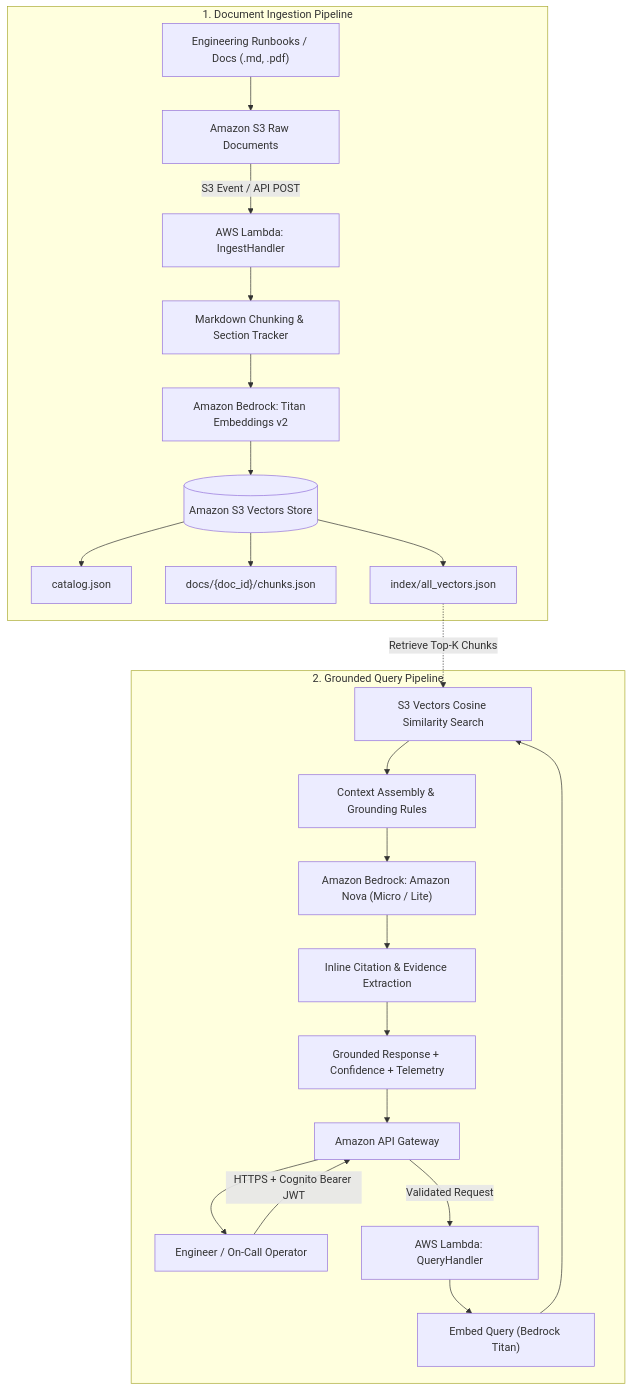
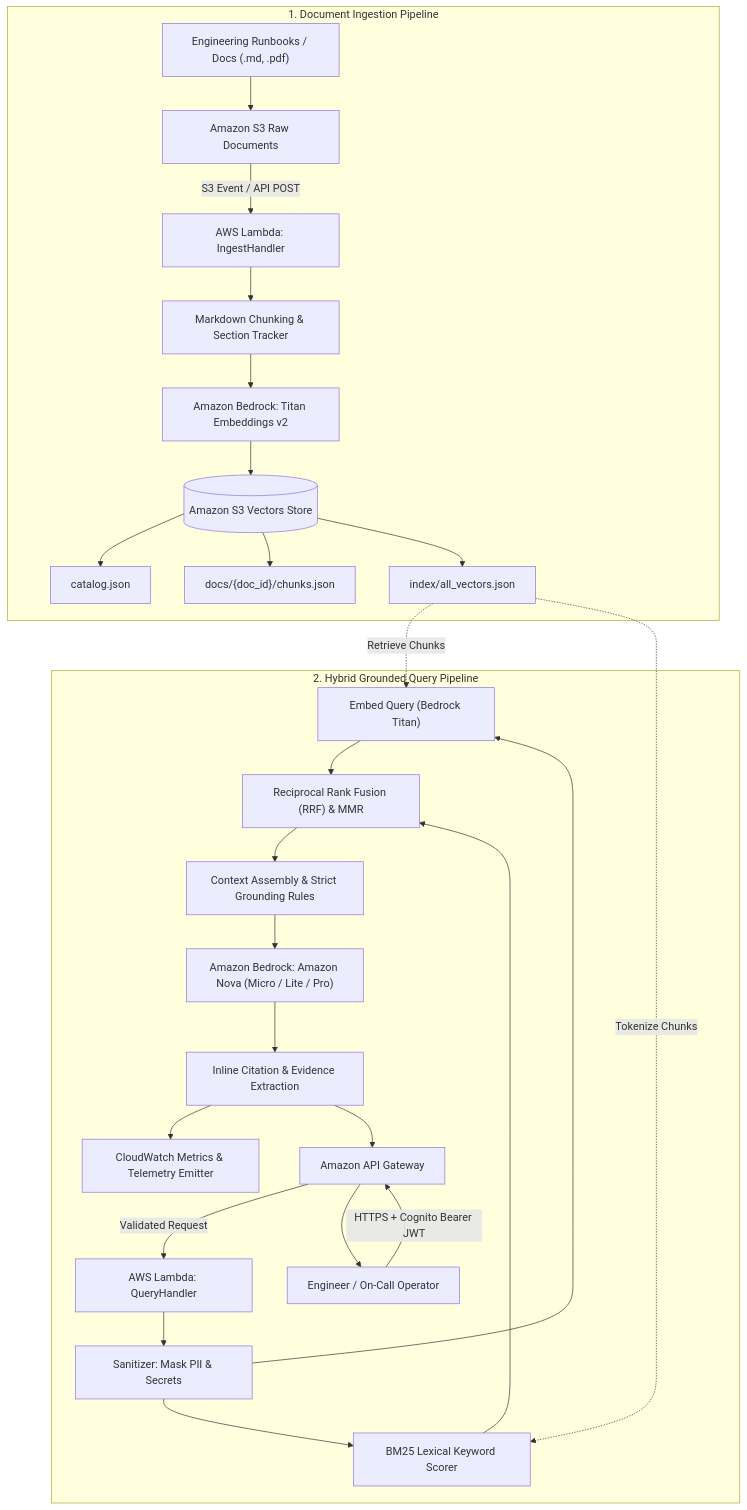
Before and after one commit to KUMARAGURU-V-S/GroundedOps: the first of 2 diagrams in ARCHITECTURE.md, drawn with Mermaid. The commit also changed other lines of this file and 21 other files, not shown here.

First line of the commit message:
feat: upgrade GroundedOps with Hybrid Search (BM25 + S3 Vectors RRF), MMR reranking, conversational memory & security sanitization

````diff
--- a/ARCHITECTURE.md
+++ b/ARCHITECTURE.md
@@ -20,26 +20,29 @@
 ```mermaid
 flowchart TD
     subgraph Ingestion["1. Document Ingestion Pipeline"]
         A["Engineering Runbooks / Docs (.md, .pdf)"] --> B["Amazon S3 Raw Documents"]
         B -->|S3 Event / API POST| C["AWS Lambda: IngestHandler"]
         C --> D["Markdown Chunking & Section Tracker"]
         D --> E["Amazon Bedrock: Titan Embeddings v2"]
         E --> F[("Amazon S3 Vectors Store")]
         F --> F1["catalog.json"]
         F --> F2["docs/{doc_id}/chunks.json"]
         F --> F3["index/all_vectors.json"]
     end
 
-    subgraph Query["2. Grounded Query Pipeline"]
+    subgraph Query["2. Hybrid Grounded Query Pipeline"]
         G["Engineer / On-Call Operator"] -->|HTTPS + Cognito Bearer JWT| H["Amazon API Gateway"]
         H -->|Validated Request| I["AWS Lambda: QueryHandler"]
-        I --> J["Embed Query (Bedrock Titan)"]
-        J --> K["S3 Vectors Cosine Similarity Search"]
-        F3 -.->|Retrieve Top-K Chunks| K
-        K --> L["Context Assembly & Grounding Rules"]
-        L --> M["Amazon Bedrock: Amazon Nova (Micro / Lite)"]
-        M --> N["Inline Citation & Evidence Extraction"]
-        N --> O["Grounded Response + Confidence + Telemetry"]
+        I --> J["Sanitizer: Mask PII & Secrets"]
+        J --> K1["Embed Query (Bedrock Titan)"]
+        J --> K2["BM25 Lexical Keyword Scorer"]
+        F3 -.->|Retrieve Chunks| K1
+        F3 -.->|Tokenize Chunks| K2
+        K1 & K2 --> L["Reciprocal Rank Fusion (RRF) & MMR"]
+        L --> M["Context Assembly & Strict Grounding Rules"]
+        M --> N["Amazon Bedrock: Amazon Nova (Micro / Lite / Pro)"]
+        N --> O["Inline Citation & Evidence Extraction"]
+        O --> P["CloudWatch Metrics & Telemetry Emitter"]
         O --> H --> G
     end
 ```
````
